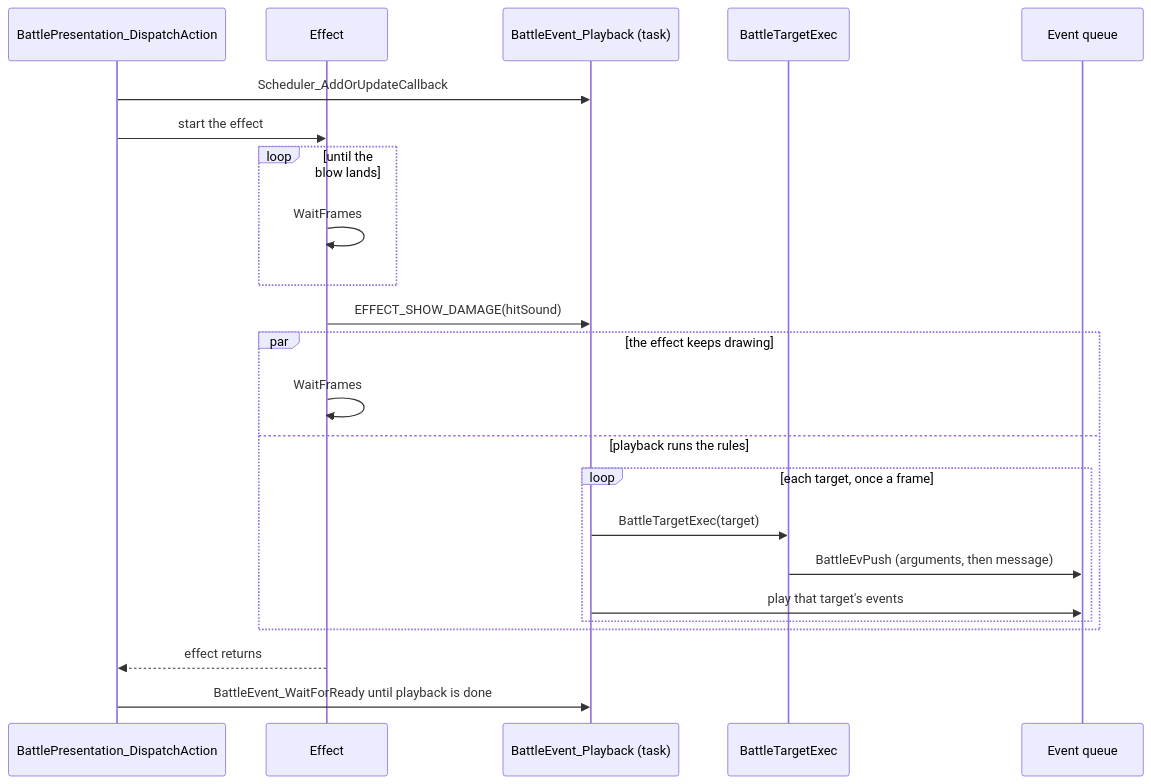
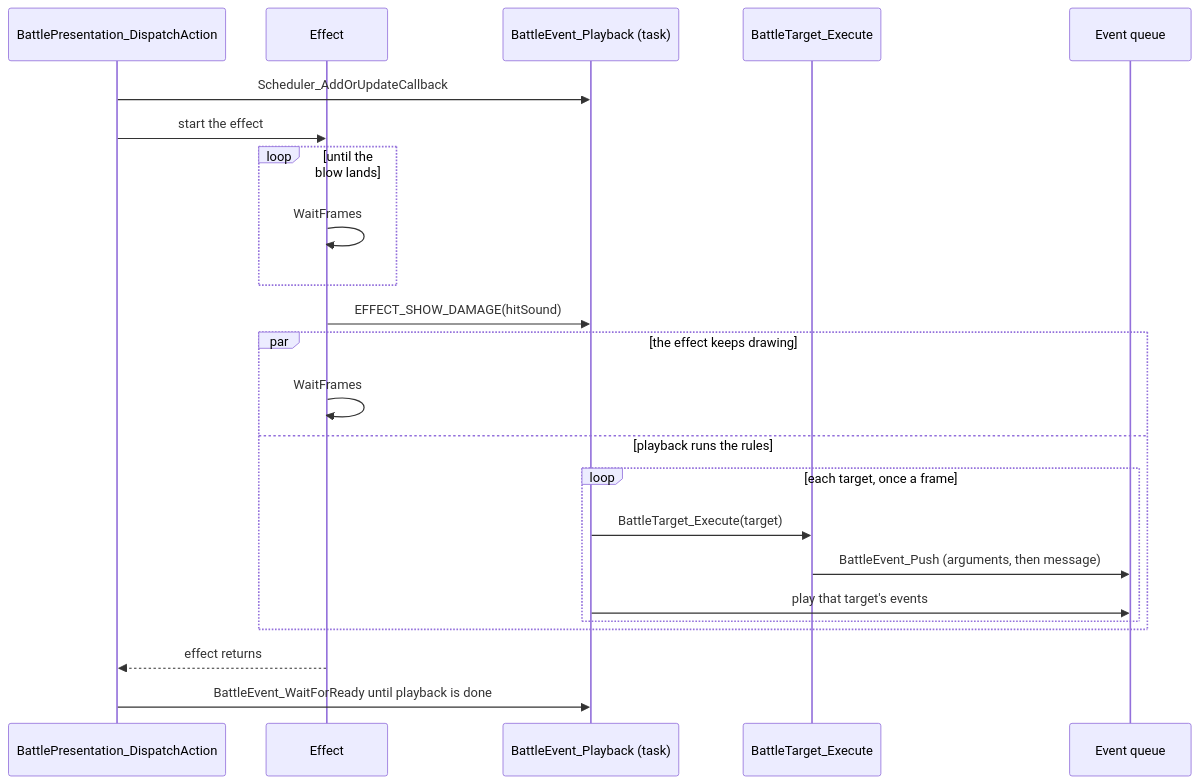
The second of 2 diagrams in games/tbs/battle.md (PascalPixel/alchemy), drawn with Mermaid before and after one commit. The commit also changed other lines of this file and 152 other files, not shown here.

````diff
--- a/games/tbs/battle.md
+++ b/games/tbs/battle.md
@@ -268,25 +268,25 @@
 ```mermaid
 sequenceDiagram
     participant D as BattlePresentation_DispatchAction
     participant F as Effect
     participant P as BattleEvent_Playback (task)
-    participant T as BattleTargetExec
+    participant T as BattleTarget_Execute
     participant Q as Event queue
     D->>P: Scheduler_AddOrUpdateCallback
     D->>F: start the effect
     loop until the blow lands
         F->>F: WaitFrames
     end
     F->>P: EFFECT_SHOW_DAMAGE(hitSound)
     par the effect keeps drawing
         F->>F: WaitFrames
     and playback runs the rules
         loop each target, once a frame
-            P->>T: BattleTargetExec(target)
-            T->>Q: BattleEvPush (arguments, then message)
+            P->>T: BattleTarget_Execute(target)
+            T->>Q: BattleEvent_Push (arguments, then message)
             P->>Q: play that target's events
         end
     end
     F-->>D: effect returns
     D->>P: BattleEvent_WaitForReady until playback is done
 ```
````
